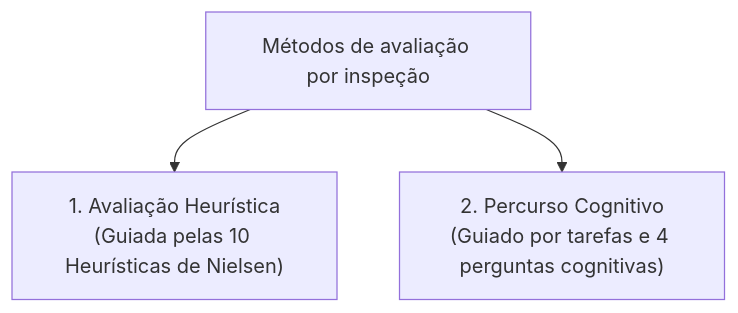
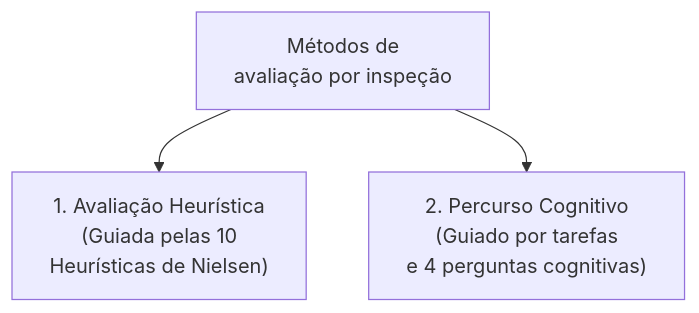
The first of 4 diagrams in 08. Design de Interacao/20. Avaliação por inspeção - avaliação heurística e percurso cognitivo.md (leorruas/puc), drawn with Mermaid before and after one commit. The commit also changed other lines of this file and 16 other files, not shown here.

Commit message:
style(mermaid): comprehensive audit and optimization of 45 Mermaid blocks across all 22 topic notes

````diff
--- a/08. Design de Interacao/20. Avaliação por inspeção - avaliação heurística e percurso cognitivo.md
+++ b/08. Design de Interacao/20. Avaliação por inspeção - avaliação heurística e percurso cognitivo.md
@@ -37,5 +37,5 @@
 ```mermaid
 graph TD
-    Inspecao["Métodos de avaliação por inspeção"] --> AH["1. Avaliação Heurística<br>(Guiada pelas 10 Heurísticas de Nielsen)"]
-    Inspecao --> PC["2. Percurso Cognitivo<br>(Guiado por tarefas e 4 perguntas cognitivas)"]
+    Inspecao["Métodos de<br>avaliação por inspeção"] --> AH["1. Avaliação Heurística<br>(Guiada pelas 10<br>Heurísticas de Nielsen)"]
+    Inspecao --> PC["2. Percurso Cognitivo<br>(Guiado por tarefas<br>e 4 perguntas cognitivas)"]
 ```
````
